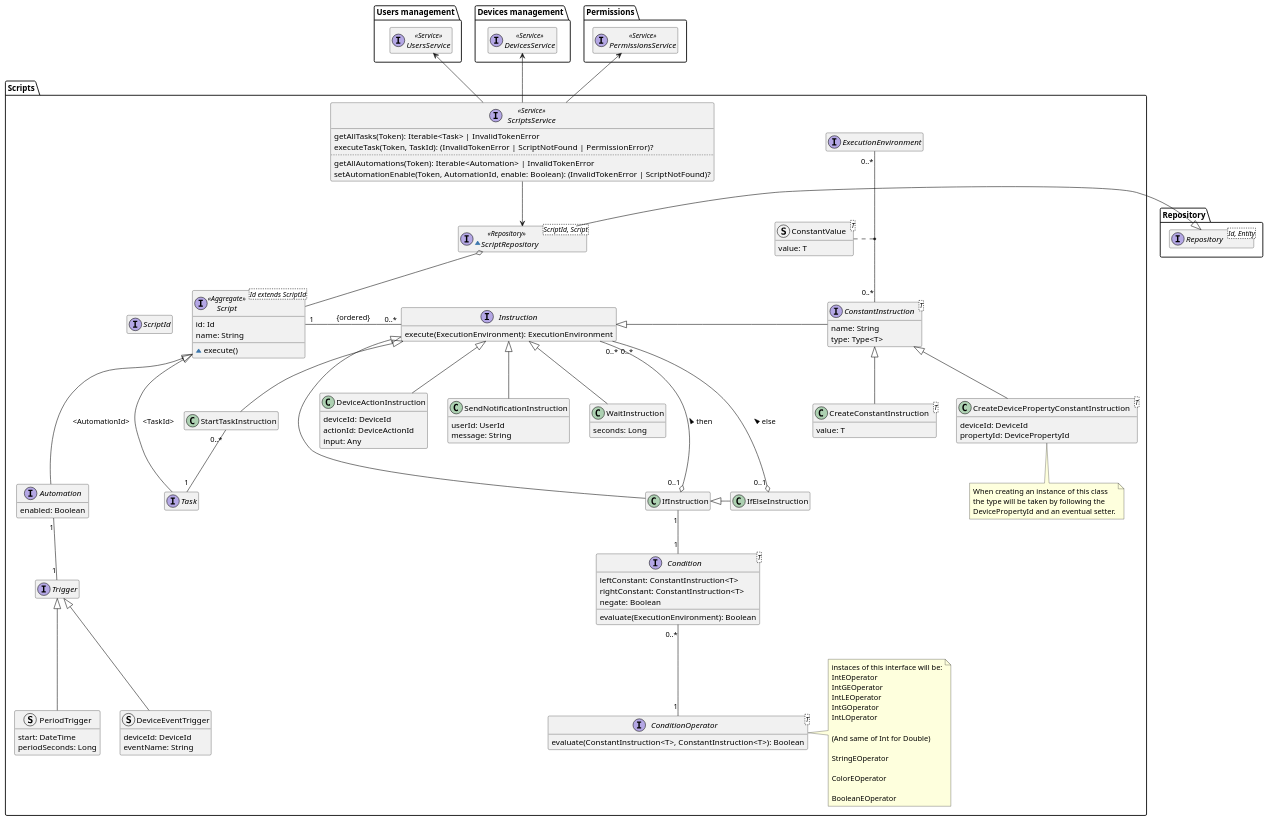
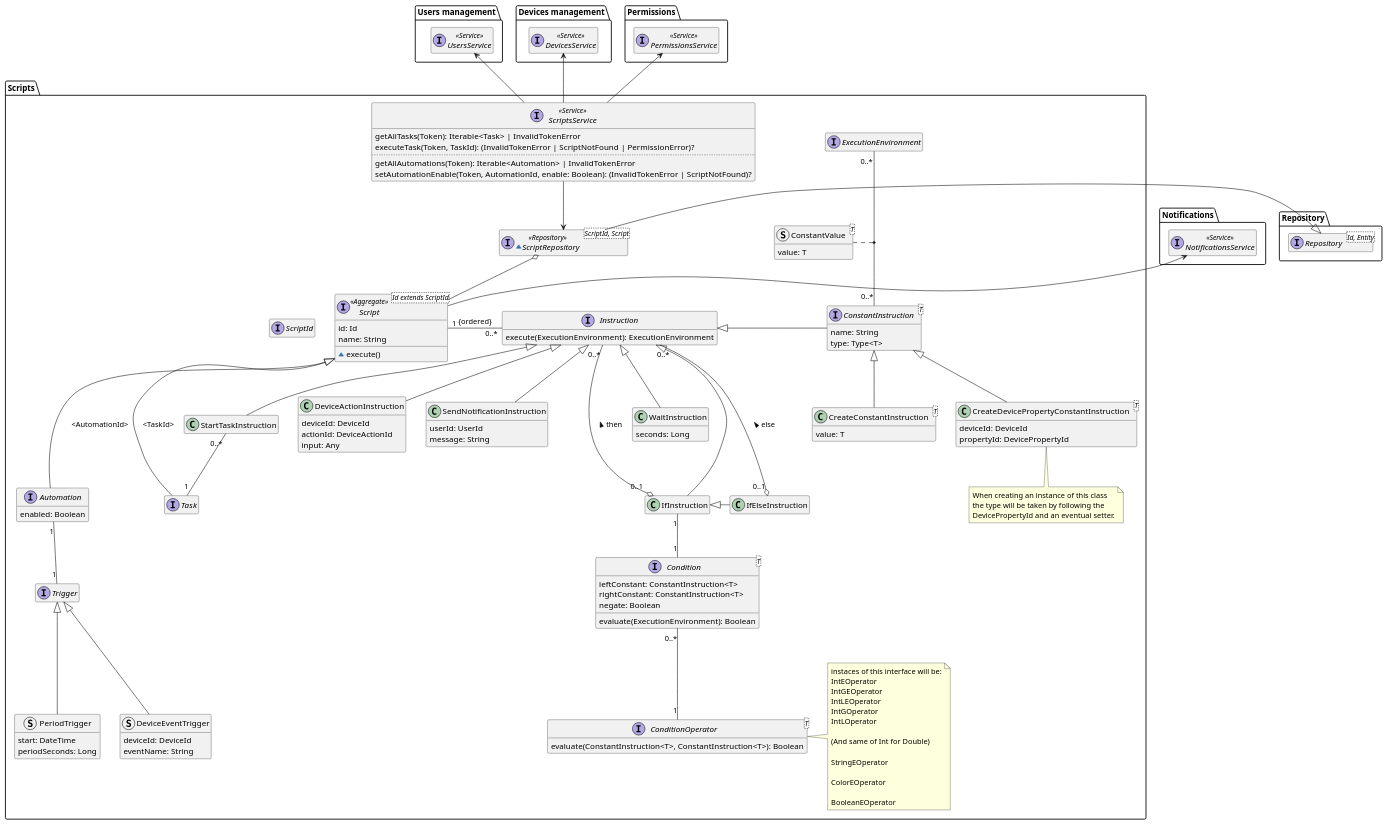
Before and after one commit to DomoticASW/.github: the diagram in diagrams/src/scripts-domain-model.puml, drawn with PlantUML. The commit also changed 1 other file, not shown here.

Commit message:
script depends on NotificationsService

```diff
--- a/diagrams/src/scripts-domain-model.puml
+++ b/diagrams/src/scripts-domain-model.puml
@@ -1,159 +1,164 @@
 @startuml scripts-domain-model
 
 hide empty members
 package Repository{
     interface Repository<Id, Entity>
 }
 
 package "Users management" as UsersManagement {
     interface UsersService <<Service>>
 }
 
 package "Devices management" as DevicesManagement {
     interface DevicesService <<Service>>
 }
 
 package Permissions {
     interface PermissionsService <<Service>>
+}
+
+package Notifications {
+    interface NotificationsService <<Service>>
 }
 
 package "Scripts" {
 
     interface ScriptId
 
     interface Script<Id extends ScriptId> <<Aggregate>> {
         id: Id
         name: String
         ~execute()
     }
 
     interface Task
     interface Automation {
         enabled: Boolean
     }
 
     interface Trigger
 
     struct DeviceEventTrigger extends Trigger {
         deviceId: DeviceId
         eventName: String
     }
 
     struct PeriodTrigger extends Trigger {
         start: DateTime
         periodSeconds: Long
     }
 
     interface Instruction {
         execute(ExecutionEnvironment): ExecutionEnvironment
     }
     class StartTaskInstruction extends Instruction
 
     class DeviceActionInstruction extends Instruction {
         deviceId: DeviceId
         actionId: DeviceActionId
         input: Any
     }
 
     class IfInstruction
 
     class IfElseInstruction
 
     class SendNotificationInstruction extends Instruction {
         userId: UserId
         message: String
     }
 
     class WaitInstruction extends Instruction {
         seconds: Long
     }
 
     interface ConstantInstruction<T> {
         name: String
         type: Type<T>
     }
 
     class CreateDevicePropertyConstantInstruction<T> extends ConstantInstruction {
         deviceId: DeviceId
         propertyId: DevicePropertyId
     }
     note bottom of CreateDevicePropertyConstantInstruction
         When creating an instance of this class
         the type will be taken by following the
         DevicePropertyId and an eventual setter.
     end note
 
     class CreateConstantInstruction<T> extends ConstantInstruction {
         value: T
     }
 
     interface Condition<T> {
         leftConstant: ConstantInstruction<T>
         rightConstant: ConstantInstruction<T>
         negate: Boolean
         evaluate(ExecutionEnvironment): Boolean
     }
 
     interface ConditionOperator<T> {
         evaluate(ConstantInstruction<T>, ConstantInstruction<T>): Boolean
     }
 
     note right of ConditionOperator
         instaces of this interface will be:
         IntEOperator
         IntGEOperator
         IntLEOperator
         IntGOperator
         IntLOperator
 
         (And same of Int for Double)
 
         StringEOperator
 
         ColorEOperator
 
         BooleanEOperator
     end note
 
     interface ExecutionEnvironment
 
     struct ConstantValue<T> {
         value: T
     }
 
     ExecutionEnvironment "0..*" -- "0..*" ConstantInstruction
     ConstantValue .. (ExecutionEnvironment, ConstantInstruction)
 
     ~interface ScriptRepository<ScriptId, Script> <<Repository>> {
     }
     ScriptRepository -l-|> Repository.Repository
     ScriptRepository o-- Script
 
     interface ScriptsService <<Service>> {
         getAllTasks(Token): Iterable<Task> | InvalidTokenError
         executeTask(Token, TaskId): (InvalidTokenError | ScriptNotFound | PermissionError)?
         ..
         getAllAutomations(Token): Iterable<Automation> | InvalidTokenError
         setAutomationEnable(Token, AutomationId, enable: Boolean): (InvalidTokenError | ScriptNotFound)?
     }
 
     Script -l[hidden] ScriptId
     Script <|-- Task : "<TaskId>"
     Script <|--- Automation : "<AutomationId>"
     Automation "1" -- "1" Trigger
     Script "1" -r- "0..*" Instruction : "{ordered}"
     IfInstruction --u-|> Instruction
     IfElseInstruction -l-|> IfInstruction
     IfInstruction "0..1" o-u- "0..*" Instruction : "then >"
     IfInstruction "1" -- "1" Condition
     IfElseInstruction "0..1" o-u- "0..*" Instruction : "else >"
     StartTaskInstruction "0..*" -- "1" Task
     Condition "0..*" -- "1" ConditionOperator
     ConstantInstruction -l-|> Instruction
     ScriptsService --> ScriptRepository
     ScriptsService -u-> Permissions.PermissionsService
     ScriptsService -u-> DevicesManagement.DevicesService
     ScriptsService -u-> UsersManagement.UsersService
+    Script -u-> Notifications.NotificationsService
 }
 
 @enduml
```
